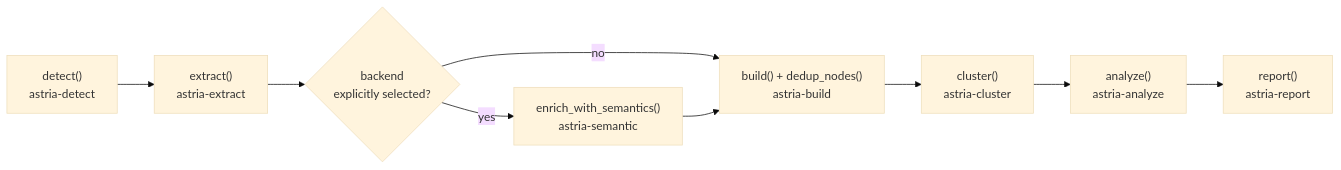
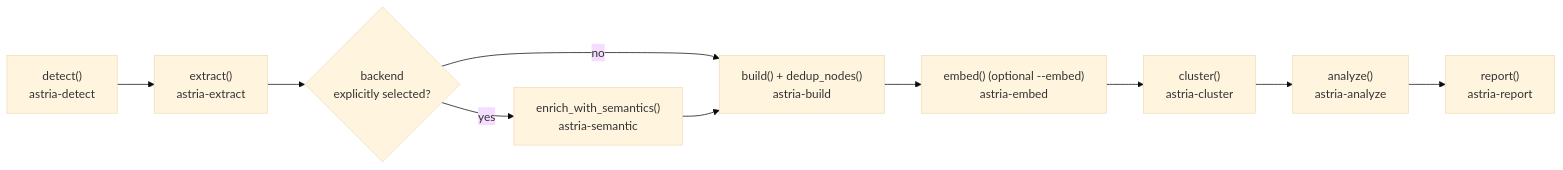
Before and after one commit to Nodesify/astria: the diagram in website/docs/explanation/architecture.md, drawn with Mermaid (base theme). The commit also changed other lines of this file and 14 other files, not shown here.

````diff
--- a/website/docs/explanation/architecture.md
+++ b/website/docs/explanation/architecture.md
@@ -20,11 +20,12 @@
 ```mermaid
 flowchart LR
     A["detect()<br/>astria-detect"] --> B["extract()<br/>astria-extract"]
     B --> C{"backend<br/>explicitly selected?"}
     C -->|yes| D["enrich_with_semantics()<br/>astria-semantic"]
     C -->|no| E
     D --> E["build() + dedup_nodes()<br/>astria-build"]
-    E --> F["cluster()<br/>astria-cluster"]
+    E --> EM["embed() (optional --embed)<br/>astria-embed"]
+    EM --> F["cluster()<br/>astria-cluster"]
     F --> G["analyze()<br/>astria-analyze"]
     G --> H["report()<br/>astria-report"]
 ```
````
